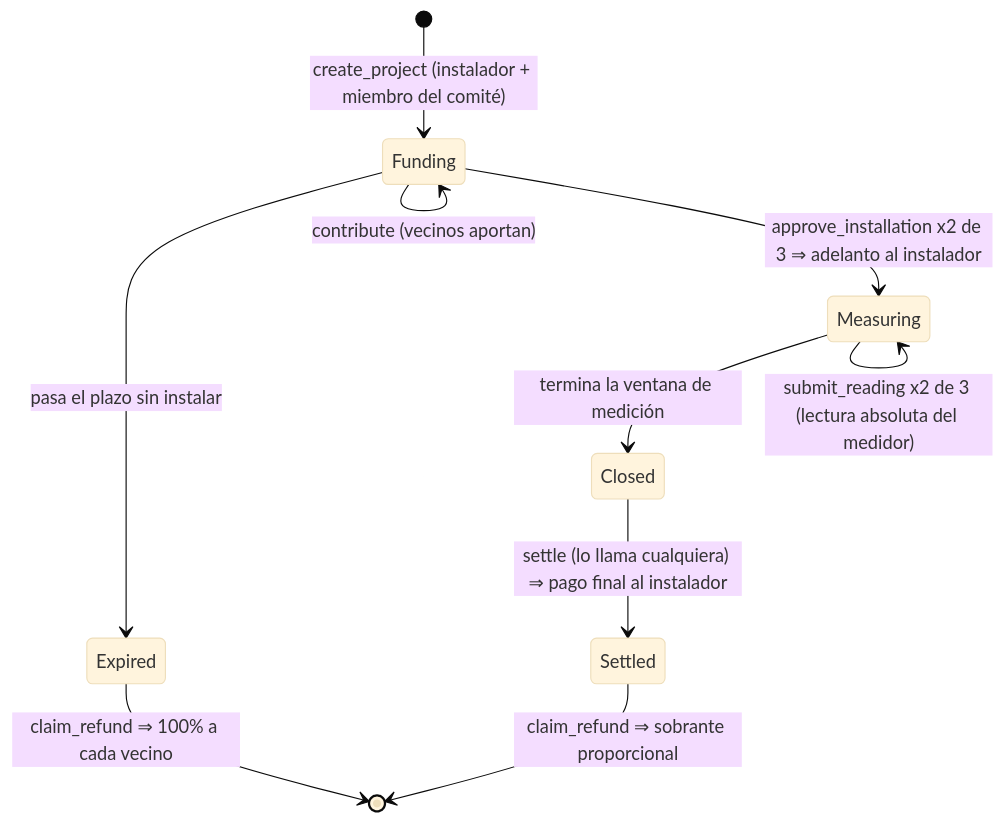
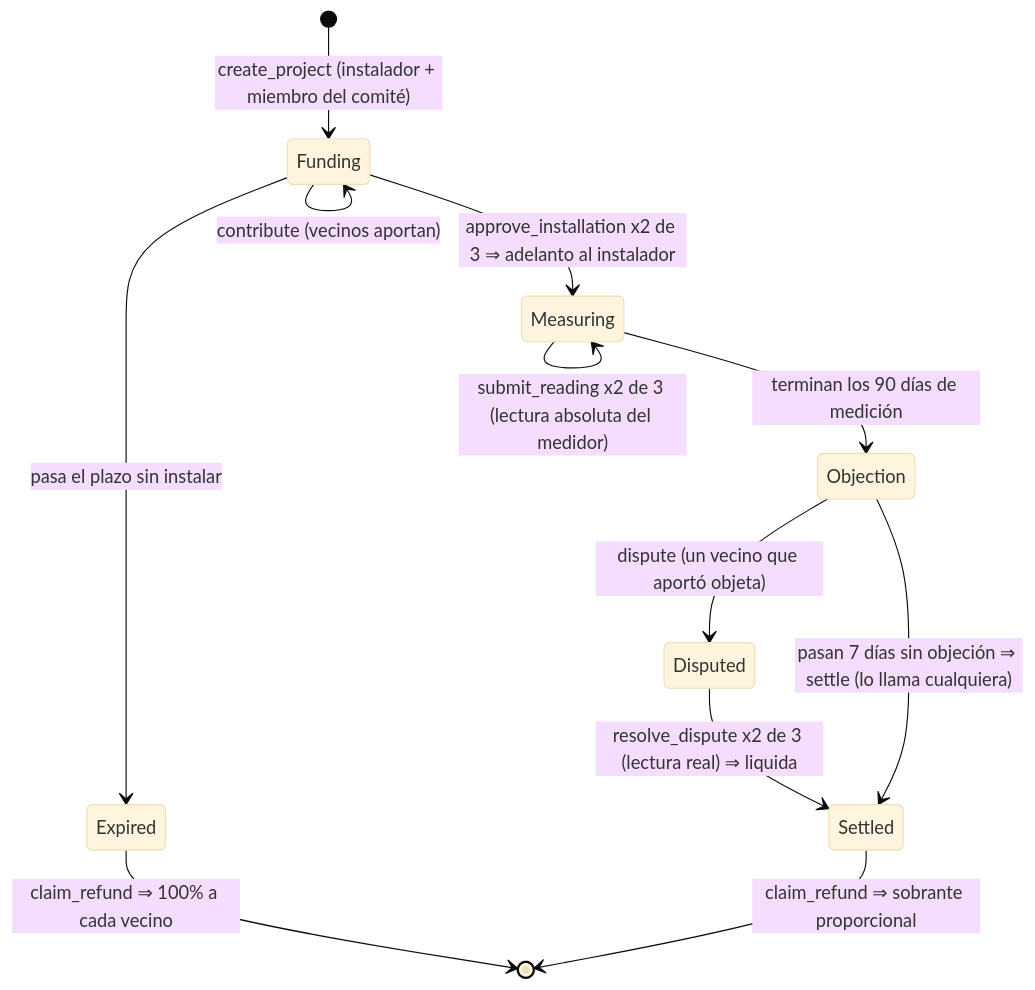
One commit to ReLichtyy/sol-comunitario changed the diagram in README.md. Above: the diagram before and after it, drawn with Mermaid (base theme). The commit also changed other lines of this file and 3 other files, not shown here.

````diff
--- a/README.md
+++ b/README.md
@@ -34,12 +34,14 @@
 ```mermaid
 stateDiagram-v2
     [*] --> Funding: create_project (instalador + miembro del comité)
     Funding --> Funding: contribute (vecinos aportan)
     Funding --> Measuring: approve_installation x2 de 3 ⇒ adelanto al instalador
     Funding --> Expired: pasa el plazo sin instalar
     Expired --> [*]: claim_refund ⇒ 100% a cada vecino
     Measuring --> Measuring: submit_reading x2 de 3 (lectura absoluta del medidor)
-    Measuring --> Closed: termina la ventana de medición
-    Closed --> Settled: settle (lo llama cualquiera) ⇒ pago final al instalador
+    Measuring --> Objection: terminan los 90 días de medición
+    Objection --> Disputed: dispute (un vecino que aportó objeta)
+    Disputed --> Settled: resolve_dispute x2 de 3 (lectura real) ⇒ liquida
+    Objection --> Settled: pasan 7 días sin objeción ⇒ settle (lo llama cualquiera)
     Settled --> [*]: claim_refund ⇒ sobrante proporcional
 ```
````
